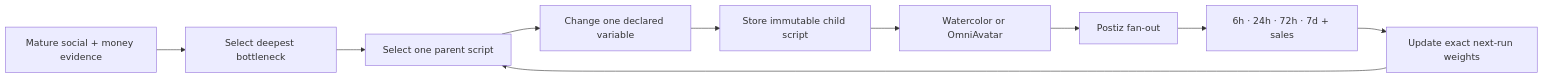
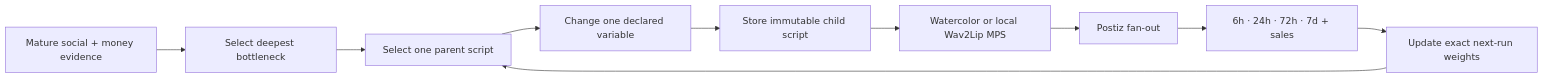
Before and after one commit to Daisuke134/anicca: the second of 3 diagrams in specs/28-EBOOK-SELLER-DUAL-MONK-LOOPS.md, drawn with Mermaid. The commit also changed other lines of this file and 7 other files, not shown here.

Commit message:
feat(ebook): use free local mps monk renderer

````diff
--- a/specs/28-EBOOK-SELLER-DUAL-MONK-LOOPS.md
+++ b/specs/28-EBOOK-SELLER-DUAL-MONK-LOOPS.md
@@ -129,12 +129,12 @@
 ```mermaid
 flowchart LR
     Evidence[Mature social + money evidence] --> Bottleneck[Select deepest bottleneck]
     Bottleneck --> Parent[Select one parent script]
     Parent --> Mutation[Change one declared variable]
     Mutation --> Script[Store immutable child script]
-    Script --> Render[Watercolor or OmniAvatar]
+    Script --> Render[Watercolor or local Wav2Lip MPS]
     Render --> Publish[Postiz fan-out]
     Publish --> Measure[6h · 24h · 72h · 7d + sales]
     Measure --> Weights[Update exact next-run weights]
     Weights --> Parent
 ```
````
